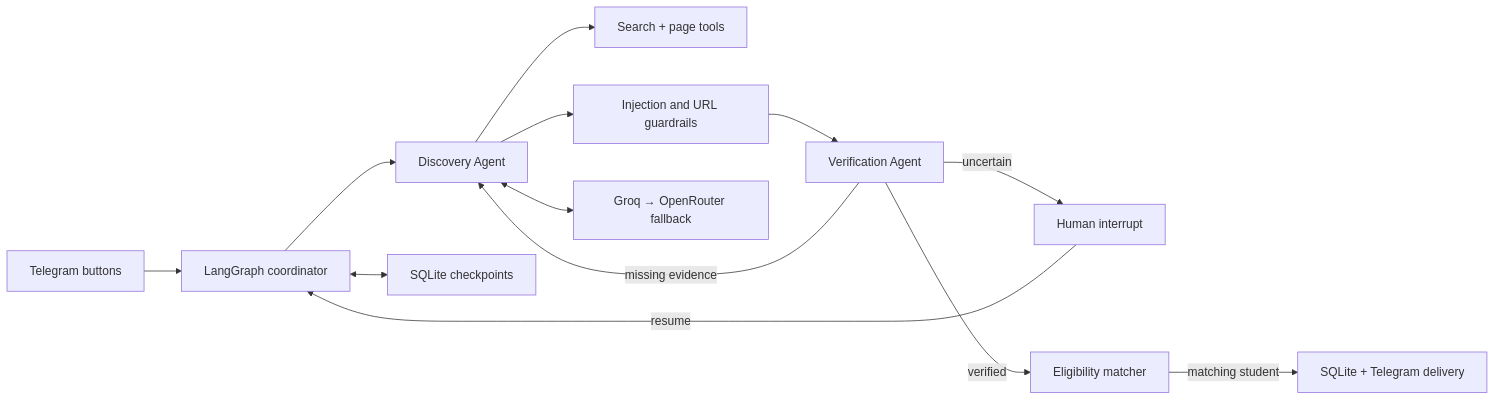
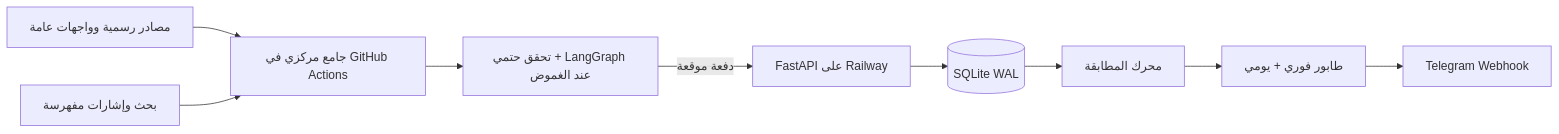
One commit to K7Ax/NabaaAgent changed the diagram in README.md. Above: the diagram before and after it, drawn with Mermaid. The commit also changed other lines of this file and 39 other files, not shown here.

````diff
--- a/README.md
+++ b/README.md
@@ -110,15 +29,11 @@
 ```mermaid
 flowchart LR
-    T["Telegram buttons"] --> C["LangGraph coordinator"]
-    C --> D["Discovery Agent"]
-    D --> W["Search + page tools"]
-    D --> G["Injection and URL guardrails"]
-    G --> V["Verification Agent"]
-    V -->|"missing evidence"| D
-    V -->|"uncertain"| H["Human interrupt"]
-    H -->|"resume"| C
-    V -->|"verified"| E["Eligibility matcher"]
-    E -->|"matching student"| P["SQLite + Telegram delivery"]
-    C <--> K["SQLite checkpoints"]
-    D <--> R["Groq → OpenRouter fallback"]
+    O["مصادر رسمية وواجهات عامة"] --> C["جامع مركزي في GitHub Actions"]
+    X["بحث وإشارات مفهرسة"] --> C
+    C --> V["تحقق حتمي + LangGraph عند الغموض"]
+    V -->|"دفعة موقعة"| A["FastAPI على Railway"]
+    A --> D[("SQLite WAL")]
+    D --> M["محرك المطابقة"]
+    M --> Q["طابور فوري + يومي"]
+    Q --> T["Telegram Webhook"]
 ```
````
